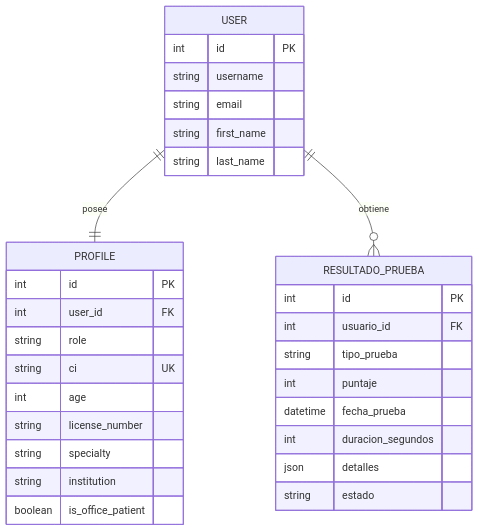
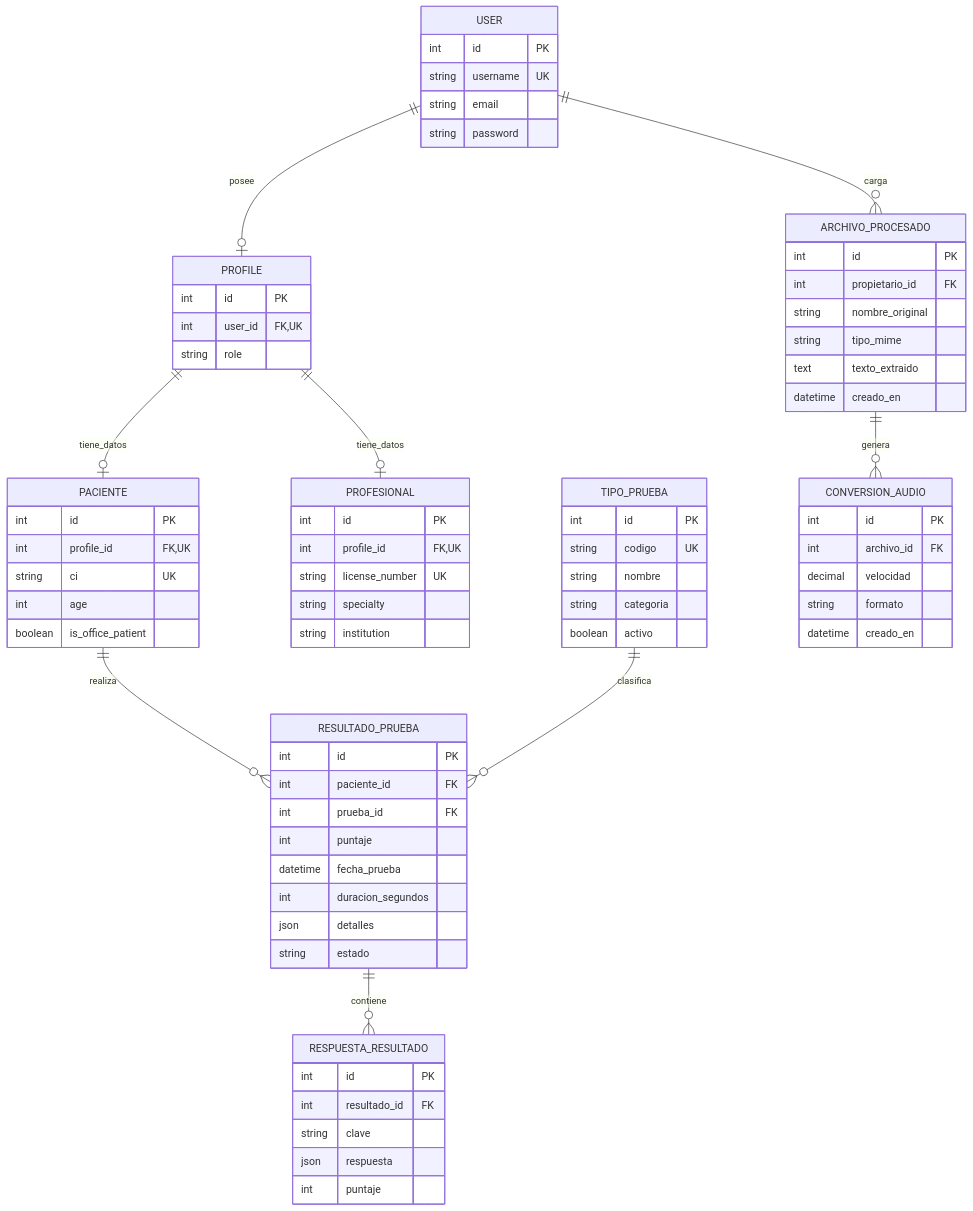
Before and after one commit to NESTORZALAZAR/IVI: the diagram in DOCUMENTACION_PRESENTACION/04_DER_MODELO_DATOS.md, drawn with Mermaid. The commit also changed other lines of this file and 24 other files, not shown here.

````diff
--- a/DOCUMENTACION_PRESENTACION/04_DER_MODELO_DATOS.md
+++ b/DOCUMENTACION_PRESENTACION/04_DER_MODELO_DATOS.md
@@ -47,36 +23,76 @@
 ```mermaid
 erDiagram
-    USER ||--|| PROFILE : posee
-    USER ||--o{ RESULTADO_PRUEBA : obtiene
+    USER ||--o| PROFILE : posee
+    PROFILE ||--o| PACIENTE : tiene_datos
+    PROFILE ||--o| PROFESIONAL : tiene_datos
+    PACIENTE ||--o{ RESULTADO_PRUEBA : realiza
+    TIPO_PRUEBA ||--o{ RESULTADO_PRUEBA : clasifica
+    RESULTADO_PRUEBA ||--o{ RESPUESTA_RESULTADO : contiene
+    USER ||--o{ ARCHIVO_PROCESADO : carga
+    ARCHIVO_PROCESADO ||--o{ CONVERSION_AUDIO : genera
 
     USER {
         int id PK
-        string username
+        string username UK
         string email
-        string first_name
-        string last_name
+        string password
     }
-
     PROFILE {
         int id PK
-        int user_id FK
+        int user_id FK,UK
         string role
+    }
+    PACIENTE {
+        int id PK
+        int profile_id FK,UK
         string ci UK
         int age
-        string license_number
+        boolean is_office_patient
+    }
+    PROFESIONAL {
+        int id PK
+        int profile_id FK,UK
+        string license_number UK
         string specialty
         string institution
-        boolean is_office_patient
     }
-
+    TIPO_PRUEBA {
+        int id PK
+        string codigo UK
+        string nombre
+        string categoria
+        boolean activo
+    }
     RESULTADO_PRUEBA {
         int id PK
-        int usuario_id FK
-        string tipo_prueba
+        int paciente_id FK
+        int prueba_id FK
         int puntaje
         datetime fecha_prueba
         int duracion_segundos
         json detalles
         string estado
     }
+    RESPUESTA_RESULTADO {
+        int id PK
+        int resultado_id FK
+        string clave
+        json respuesta
+        int puntaje
+    }
+    ARCHIVO_PROCESADO {
+        int id PK
+        int propietario_id FK
+        string nombre_original
+        string tipo_mime
+        text texto_extraido
+        datetime creado_en
+    }
+    CONVERSION_AUDIO {
+        int id PK
+        int archivo_id FK
+        decimal velocidad
+        string formato
+        datetime creado_en
+    }
 ```
````
